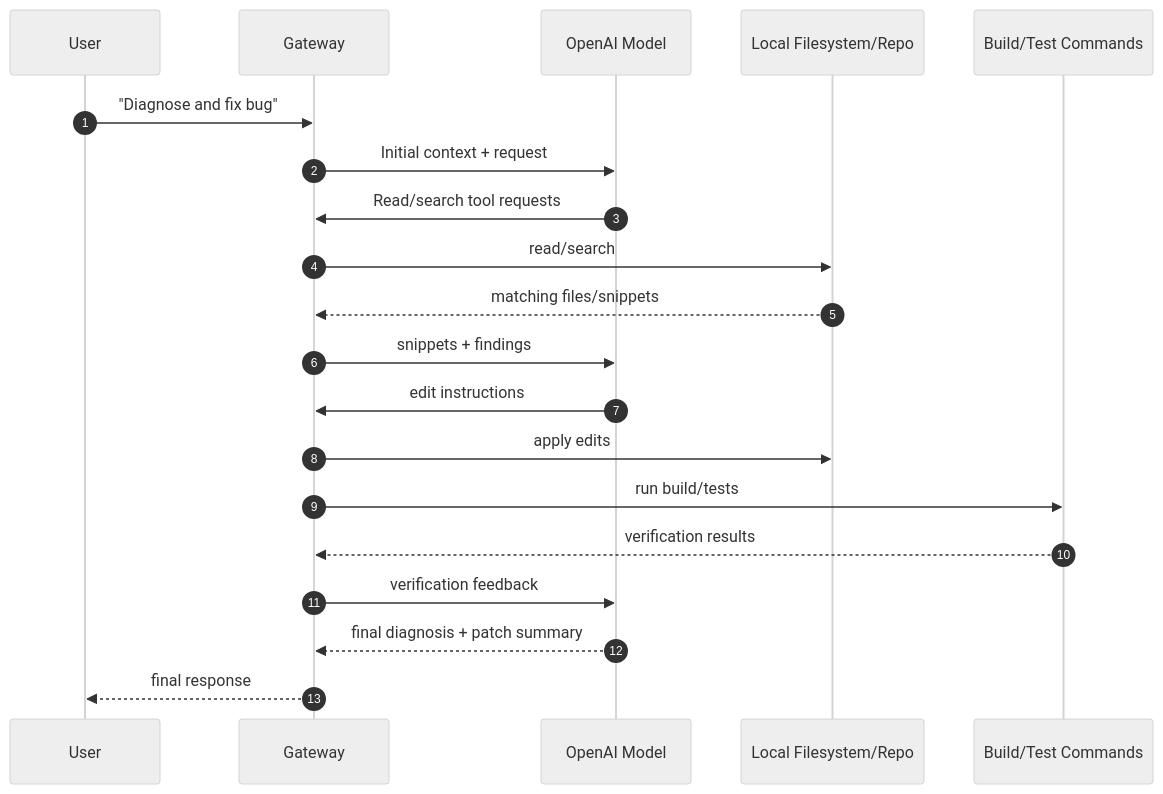
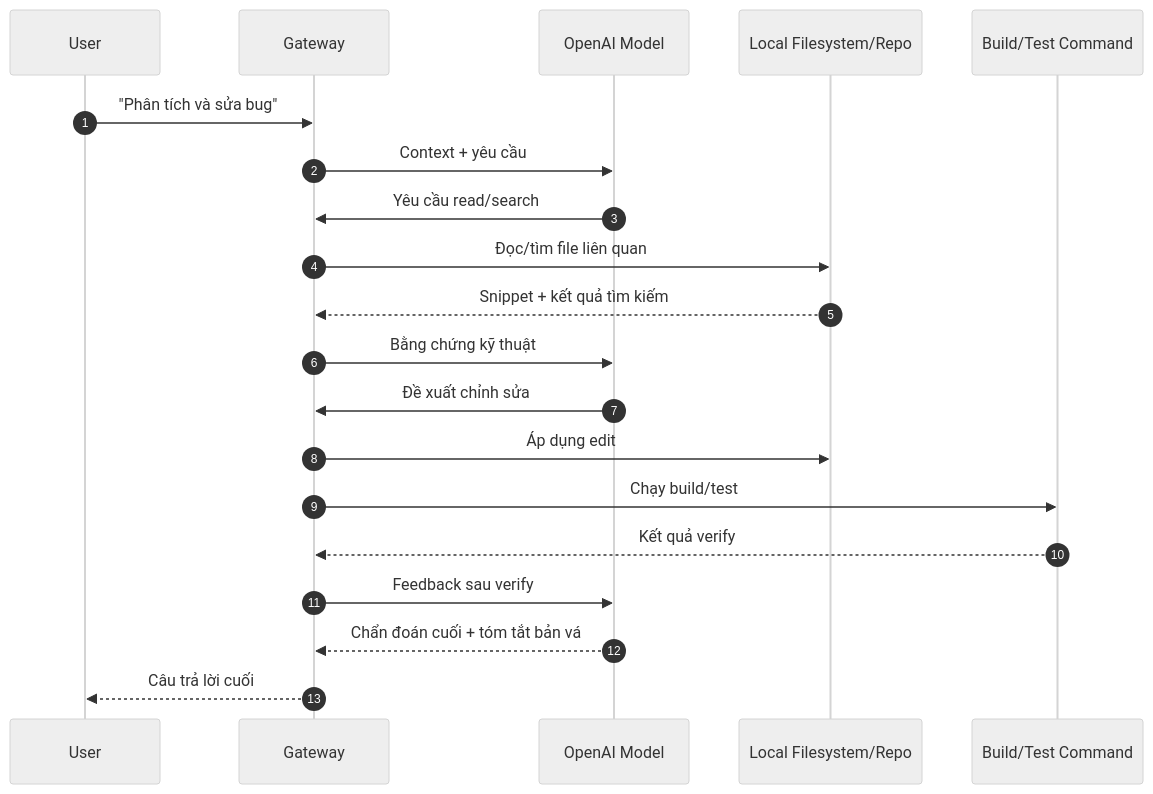
One commit to xoaicatchu/Ai-agent-collection changed the second of 2 diagrams in ai-sequence-diagram/SEQUENCE.md. Above: the diagram before and after it, drawn with Mermaid (neutral theme). The commit also changed other lines of this file and 1 other file, not shown here.

Commit message:
docs: add Vietnamese main doc and keep English copy as SEQUENCE.en.md

````diff
--- a/ai-sequence-diagram/SEQUENCE.md
+++ b/ai-sequence-diagram/SEQUENCE.md
@@ -119,26 +121,26 @@
 ```mermaid
 sequenceDiagram
   autonumber
   participant U as User
   participant GW as Gateway
   participant LLM as OpenAI Model
   participant FS as Local Filesystem/Repo
-  participant CI as Build/Test Commands
+  participant CI as Build/Test Command
 
-  U->>GW: "Diagnose and fix bug"
-  GW->>LLM: Initial context + request
+  U->>GW: "Phân tích và sửa bug"
+  GW->>LLM: Context + yêu cầu
 
-  LLM->>GW: Read/search tool requests
-  GW->>FS: read/search
-  FS-->>GW: matching files/snippets
-  GW->>LLM: snippets + findings
+  LLM->>GW: Yêu cầu read/search
+  GW->>FS: Đọc/tìm file liên quan
+  FS-->>GW: Snippet + kết quả tìm kiếm
+  GW->>LLM: Bằng chứng kỹ thuật
 
-  LLM->>GW: edit instructions
-  GW->>FS: apply edits
-  GW->>CI: run build/tests
-  CI-->>GW: verification results
-  GW->>LLM: verification feedback
+  LLM->>GW: Đề xuất chỉnh sửa
+  GW->>FS: Áp dụng edit
+  GW->>CI: Chạy build/test
+  CI-->>GW: Kết quả verify
+  GW->>LLM: Feedback sau verify
 
-  LLM-->>GW: final diagnosis + patch summary
-  GW-->>U: final response
+  LLM-->>GW: Chẩn đoán cuối + tóm tắt bản vá
+  GW-->>U: Câu trả lời cuối
 ```
````
